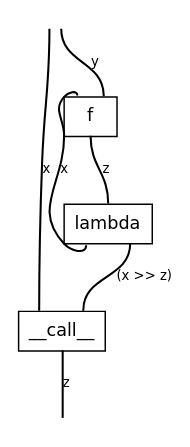
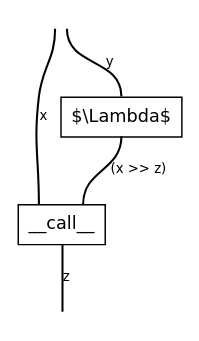
Before and after one commit to discopy/discopy: the diagram in docs/_static/cmap/biclosed-curry-right.dot, drawn with Graphviz. The commit also changed 8 other files, not shown here.

```diff
--- a/docs/_static/cmap/biclosed-curry-right.dot
+++ b/docs/_static/cmap/biclosed-curry-right.dot
@@ -1,18 +1,15 @@
 graph cmap {
   graph [bgcolor="white", fontname="DejaVu Sans", layout="dot", margin="0.04", outputorder="edgesfirst", overlap="false", rankdir="TB", splines="true"];
   node [color="black", fontname="DejaVu Sans", fontsize="12", margin="0", shape="plain"];
   edge [color="black", fontname="DejaVu Sans", fontsize="9", headclip="true", penwidth="1.4", tailclip="true"];
-  v0 [label=<<TABLE BORDER="0" CELLBORDER="0" CELLSPACING="0"><TR><TD PORT="p2" TOOLTIP="dom 0: x (up, up)" BORDER="0" CELLPADDING="0" COLSPAN="1" WIDTH="18" HEIGHT="0"></TD><TD PORT="p3" TOOLTIP="dom 1: y (up, up)" BORDER="0" CELLPADDING="0" COLSPAN="1" WIDTH="18" HEIGHT="0"></TD></TR><TR><TD BORDER="1" CELLPADDING="6" COLSPAN="2" WIDTH="36">f</TD></TR><TR><TD PORT="p4" TOOLTIP="cod 0: z (down, down)" BORDER="0" CELLPADDING="0" COLSPAN="2" WIDTH="36" HEIGHT="0"></TD></TR></TABLE>>];
-  v1 [label=<<TABLE BORDER="0" CELLBORDER="0" CELLSPACING="0"><TR><TD PORT="p5" TOOLTIP="dom 0: z (up, up)" BORDER="0" CELLPADDING="0" COLSPAN="2" WIDTH="36" HEIGHT="0"></TD></TR><TR><TD BORDER="1" CELLPADDING="6" COLSPAN="2" WIDTH="36">lambda</TD></TR><TR><TD PORT="p7" TOOLTIP="cod 0: x (down, down)" BORDER="0" CELLPADDING="0" COLSPAN="1" WIDTH="18" HEIGHT="0"></TD><TD PORT="p6" TOOLTIP="cod 1: (x &gt;&gt; z) (down, down)" BORDER="0" CELLPADDING="0" COLSPAN="1" WIDTH="18" HEIGHT="0"></TD></TR></TABLE>>];
-  v2 [label=<<TABLE BORDER="0" CELLBORDER="0" CELLSPACING="0"><TR><TD PORT="p8" TOOLTIP="dom 0: x (up, up)" BORDER="0" CELLPADDING="0" COLSPAN="1" WIDTH="18" HEIGHT="0"></TD><TD PORT="p9" TOOLTIP="dom 1: (x &gt;&gt; z) (up, up)" BORDER="0" CELLPADDING="0" COLSPAN="1" WIDTH="18" HEIGHT="0"></TD></TR><TR><TD BORDER="1" CELLPADDING="6" COLSPAN="2" WIDTH="36">__call__</TD></TR><TR><TD PORT="p10" TOOLTIP="cod 0: z (down, down)" BORDER="0" CELLPADDING="0" COLSPAN="2" WIDTH="36" HEIGHT="0"></TD></TR></TABLE>>];
+  v0 [label=<<TABLE BORDER="0" CELLBORDER="0" CELLSPACING="0"><TR><TD PORT="p2" TOOLTIP="dom 0: y (up, up)" BORDER="0" CELLPADDING="0" COLSPAN="1" WIDTH="18" HEIGHT="0"></TD></TR><TR><TD BORDER="1" CELLPADDING="6" COLSPAN="1" WIDTH="18">$\Lambda$</TD></TR><TR><TD PORT="p3" TOOLTIP="cod 0: (x &gt;&gt; z) (down, down)" BORDER="0" CELLPADDING="0" COLSPAN="1" WIDTH="18" HEIGHT="0"></TD></TR></TABLE>>];
+  v1 [label=<<TABLE BORDER="0" CELLBORDER="0" CELLSPACING="0"><TR><TD PORT="p4" TOOLTIP="dom 0: x (up, up)" BORDER="0" CELLPADDING="0" COLSPAN="1" WIDTH="18" HEIGHT="0"></TD><TD PORT="p5" TOOLTIP="dom 1: (x &gt;&gt; z) (up, up)" BORDER="0" CELLPADDING="0" COLSPAN="1" WIDTH="18" HEIGHT="0"></TD></TR><TR><TD BORDER="1" CELLPADDING="6" COLSPAN="2" WIDTH="36">__call__</TD></TR><TR><TD PORT="p6" TOOLTIP="cod 0: z (down, down)" BORDER="0" CELLPADDING="0" COLSPAN="2" WIDTH="36" HEIGHT="0"></TD></TR></TABLE>>];
   input [label=<<TABLE BORDER="0" CELLBORDER="0" CELLSPACING="0"><TR><TD PORT="p0" TOOLTIP="input 0: x" BORDER="0" CELLPADDING="4"></TD><TD PORT="p1" TOOLTIP="input 1: y" BORDER="0" CELLPADDING="4"></TD></TR></TABLE>>];
-  output [label=<<TABLE BORDER="0" CELLBORDER="0" CELLSPACING="0"><TR><TD PORT="p11" TOOLTIP="output 0: z" BORDER="0" CELLPADDING="4"></TD></TR></TABLE>>];
+  output [label=<<TABLE BORDER="0" CELLBORDER="0" CELLSPACING="0"><TR><TD PORT="p7" TOOLTIP="output 0: z" BORDER="0" CELLPADDING="4"></TD></TR></TABLE>>];
   { rank=min; input; }
   { rank=max; output; }
-  input:p0:s -- v2:p8:n [label="x", labeldistance="1.6", len="0.85"];
-  input:p1:s -- v0:p3:n [label="y", labeldistance="1.6", len="0.85"];
-  v0:p2:n -- v1:p7:s [label="x", labeldistance="1.6", len="0.85"];
-  v0:p4:s -- v1:p5:n [label="z", labeldistance="1.6", len="0.85"];
-  v1:p6:s -- v2:p9:n [label="(x >> z)", labeldistance="1.6", len="0.85"];
-  v2:p10:s -- output:p11:n [label="z", labeldistance="1.6", len="0.85"];
+  input:p0:s -- v1:p4:n [label="x", labeldistance="1.6", len="0.85"];
+  input:p1:s -- v0:p2:n [label="y", labeldistance="1.6", len="0.85"];
+  v0:p3:s -- v1:p5:n [label="(x >> z)", labeldistance="1.6", len="0.85"];
+  v1:p6:s -- output:p7:n [label="z", labeldistance="1.6", len="0.85"];
 }
```
